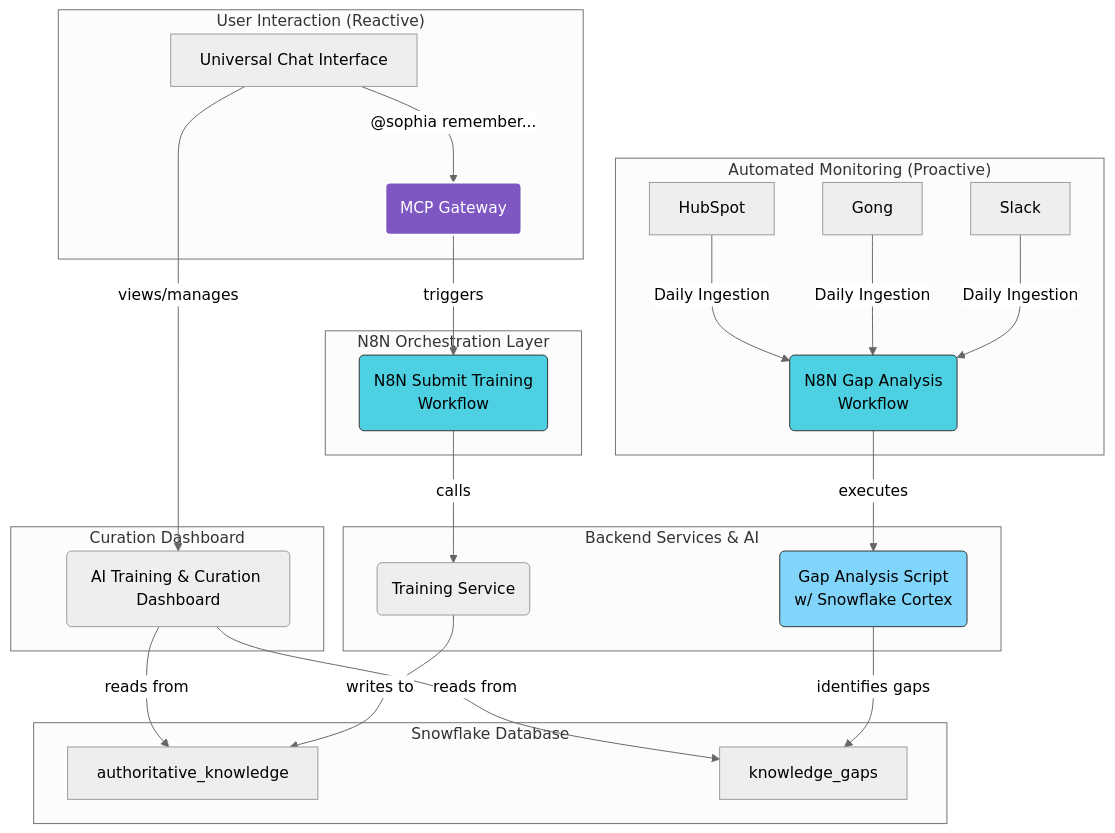
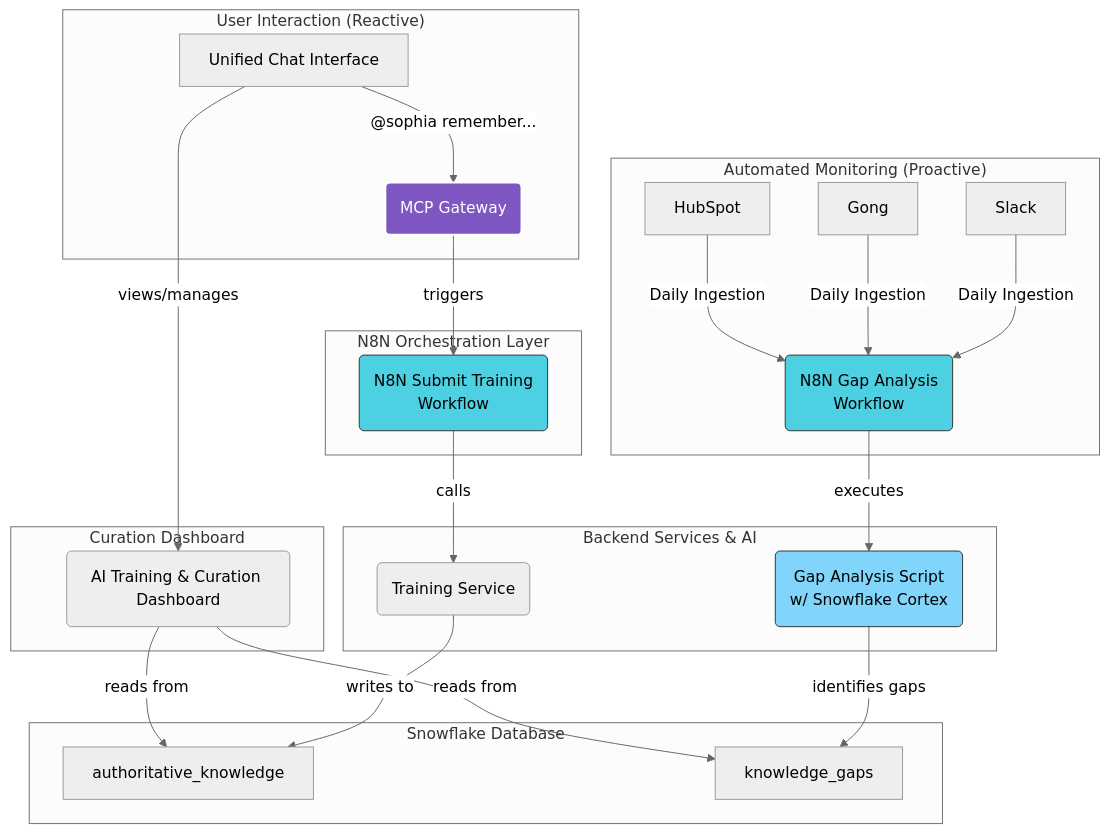
One commit to ai-cherry/sophia-strategic-development changed the third of 3 diagrams in docs/system_handbook/03_4_Contextual_Memory_Architecture.md. Above: the diagram before and after it, drawn with Mermaid (neutral theme). The commit also changed other lines of this file and 142 other files, not shown here.

````diff
--- a/docs/system_handbook/03_4_Contextual_Memory_Architecture.md
+++ b/docs/system_handbook/03_4_Contextual_Memory_Architecture.md
@@ -247,51 +247,51 @@
 ```mermaid
 graph TD
     subgraph "User Interaction (Reactive)"
-        U[Universal Chat Interface]
+        U[Unified Chat Interface]
         U -- "@sophia remember..." --> GW
     end
 
     subgraph "Automated Monitoring (Proactive)"
         S[Slack]
         G[Gong]
         H[HubSpot]
         S & G & H -- Daily Ingestion --> NW_Gap
     end
 
     subgraph "N8N Orchestration Layer"
         GW(MCP Gateway)
         NW_Gap(N8N Gap Analysis<br>Workflow)
         
         GW -- triggers --> NW_Submit
         NW_Submit(N8N Submit Training<br>Workflow)
     end
     
     subgraph "Backend Services & AI"
         TS(Training Service)
         GS(Gap Analysis Script<br>w/ Snowflake Cortex)
     end
     
     subgraph "Snowflake Database"
         AK[authoritative_knowledge]
         KG[knowledge_gaps]
     end
     
     subgraph "Curation Dashboard"
         DB(AI Training & Curation Dashboard)
     end
 
     NW_Submit -- calls --> TS
     TS -- writes to --> AK
     
     NW_Gap -- executes --> GS
     GS -- identifies gaps --> KG
     
     DB -- reads from --> AK
     DB -- reads from --> KG
     U -- views/manages --> DB
 
     style GW fill:#7E57C2,stroke:#FFF,stroke-width:2px,color:#FFF
     style NW_Gap fill:#4DD0E1,stroke:#333,stroke-width:1px
     style NW_Submit fill:#4DD0E1,stroke:#333,stroke-width:1px
     style GS fill:#81D4FA,stroke:#333
 ```
````
